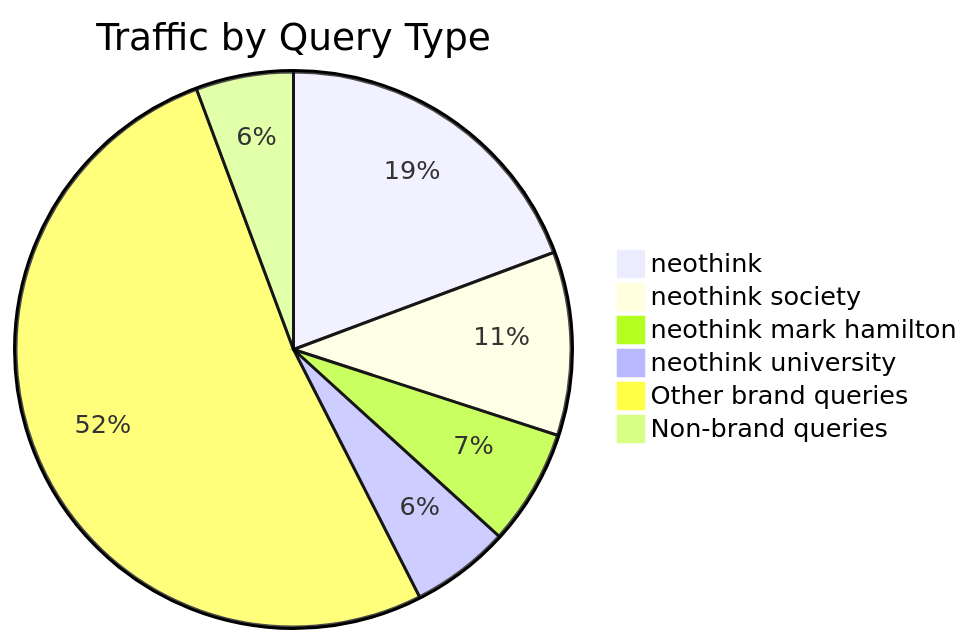
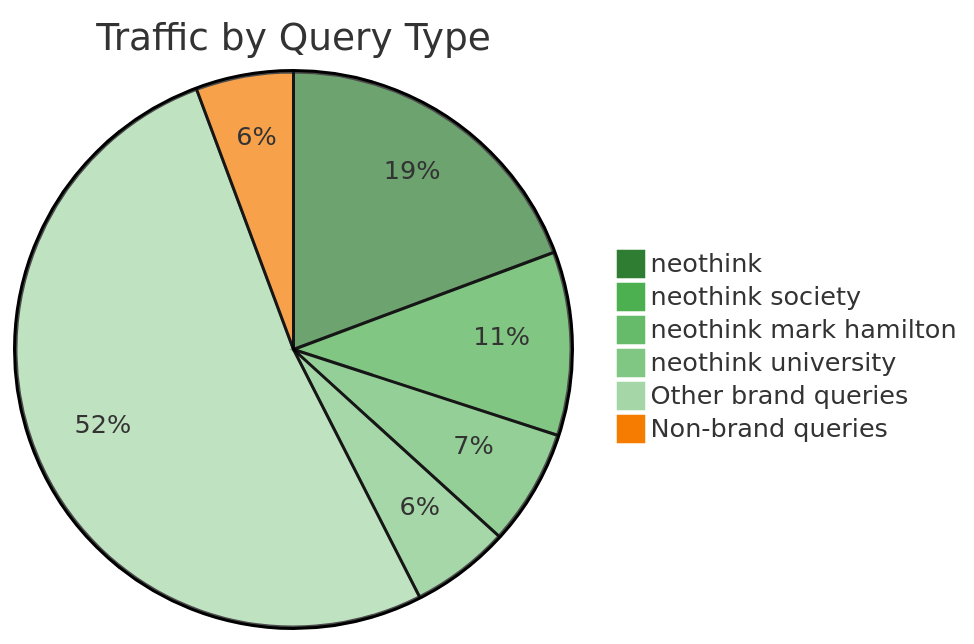
One commit to neothink-society/neothink.com changed the second of 2 diagrams in STATUS.md. Above: the diagram before and after it, drawn with Mermaid. The commit also changed other lines of this file and 3 other files, not shown here.

First line of the commit message:
Fix Mermaid diagrams for light/dark mode compatibility

````diff
--- a/STATUS.md
+++ b/STATUS.md
@@ -39,9 +39,10 @@
 ```mermaid
+%%{init: {'theme':'base', 'themeVariables': { 'pie1':'#2E7D32', 'pie2':'#4CAF50', 'pie3':'#66BB6A', 'pie4':'#81C784', 'pie5':'#A5D6A7', 'pie6':'#F57C00'}}}%%
 pie title Traffic by Query Type
     "neothink" : 725
     "neothink society" : 401
     "neothink mark hamilton" : 253
     "neothink university" : 216
     "Other brand queries" : 1945
     "Non-brand queries" : 213
 ```
````
